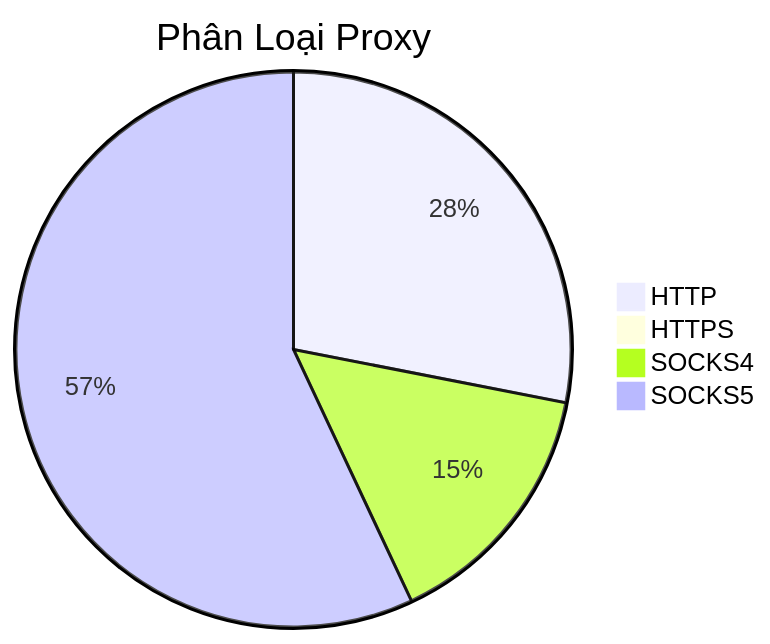
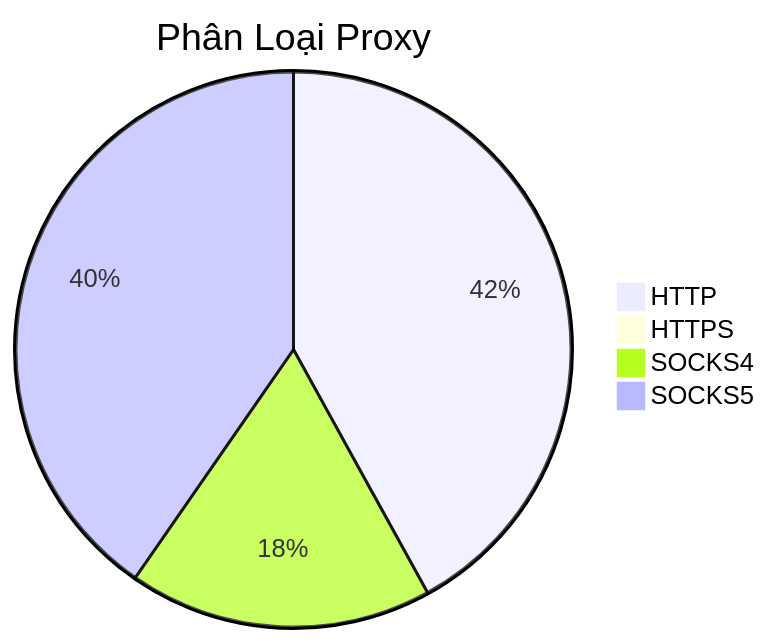
Before and after one commit to Ciara-Aa/PROXY-free: the diagram in README.md, drawn with Mermaid. The commit also changed other lines of this file and 4 other files, not shown here.

````diff
--- a/README.md
+++ b/README.md
@@ -26,7 +26,7 @@
 ```mermaid
 pie title Phân Loại Proxy
-    "HTTP" : 716
-    "HTTPS" : 0
-    "SOCKS4" : 381
-    "SOCKS5" : 1453
+    "HTTP" : 720
+    "HTTPS" : 2
+    "SOCKS4" : 303
+    "SOCKS5" : 692
 ```
````
